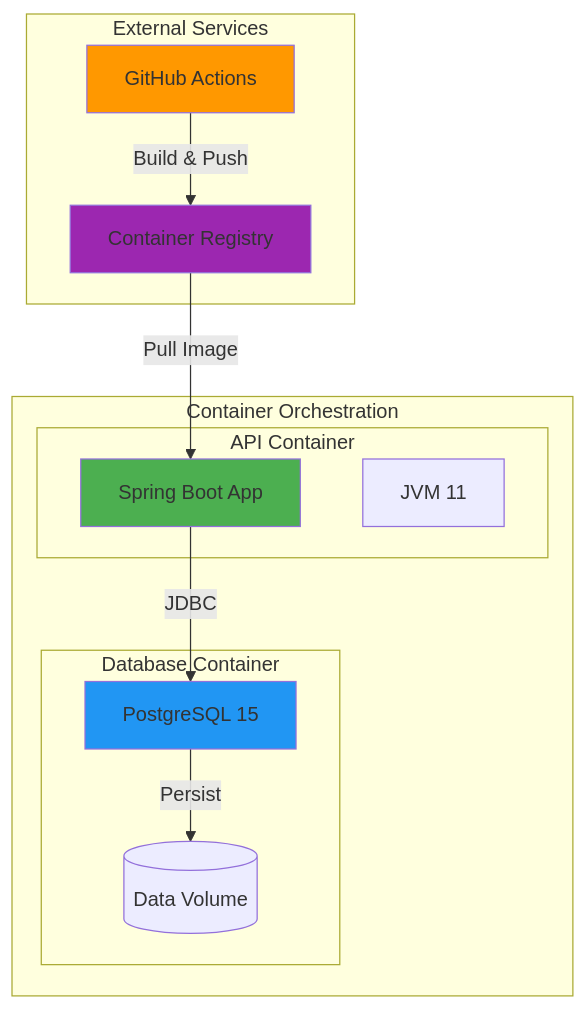
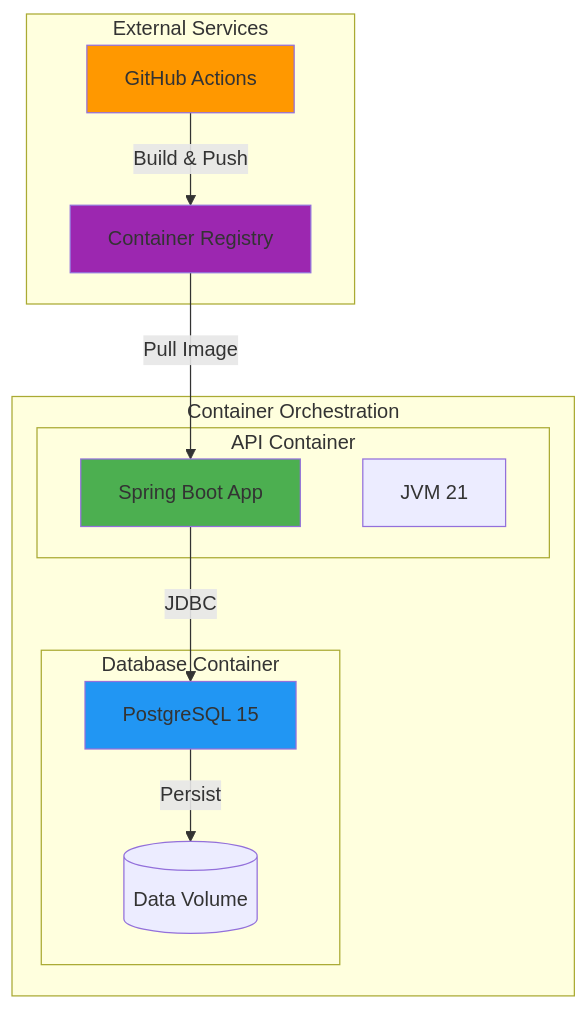
The fifth of 11 diagrams in docs/REST_API_ARCHITECTURE.md (IBM/substrait-compliance), drawn with Mermaid before and after one commit. The commit also changed 7 other files, not shown here.

````diff
--- a/docs/REST_API_ARCHITECTURE.md
+++ b/docs/REST_API_ARCHITECTURE.md
@@ -268,29 +268,29 @@
 ```mermaid
 graph TB
     subgraph "Container Orchestration"
         subgraph "API Container"
             APP[Spring Boot App]
-            JVM[JVM 11]
+            JVM[JVM 21]
         end
 
         subgraph "Database Container"
             PG[PostgreSQL 15]
             PGDATA[(Data Volume)]
         end
     end
 
     subgraph "External Services"
         GITHUB[GitHub Actions]
         REGISTRY[Container Registry]
     end
 
     GITHUB -->|Build & Push| REGISTRY
     REGISTRY -->|Pull Image| APP
     APP -->|JDBC| PG
     PG -->|Persist| PGDATA
 
     style APP fill:#4caf50
     style PG fill:#2196f3
     style GITHUB fill:#ff9800
     style REGISTRY fill:#9c27b0
 ```
````
